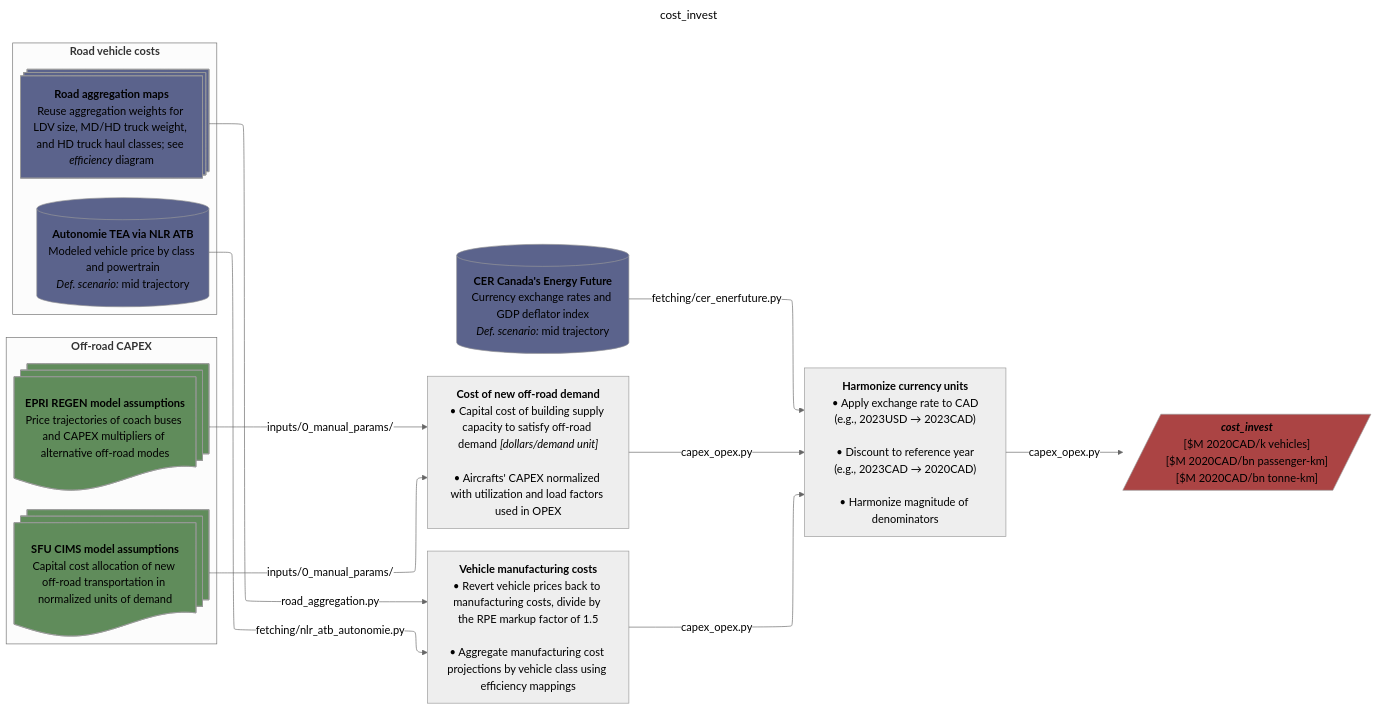
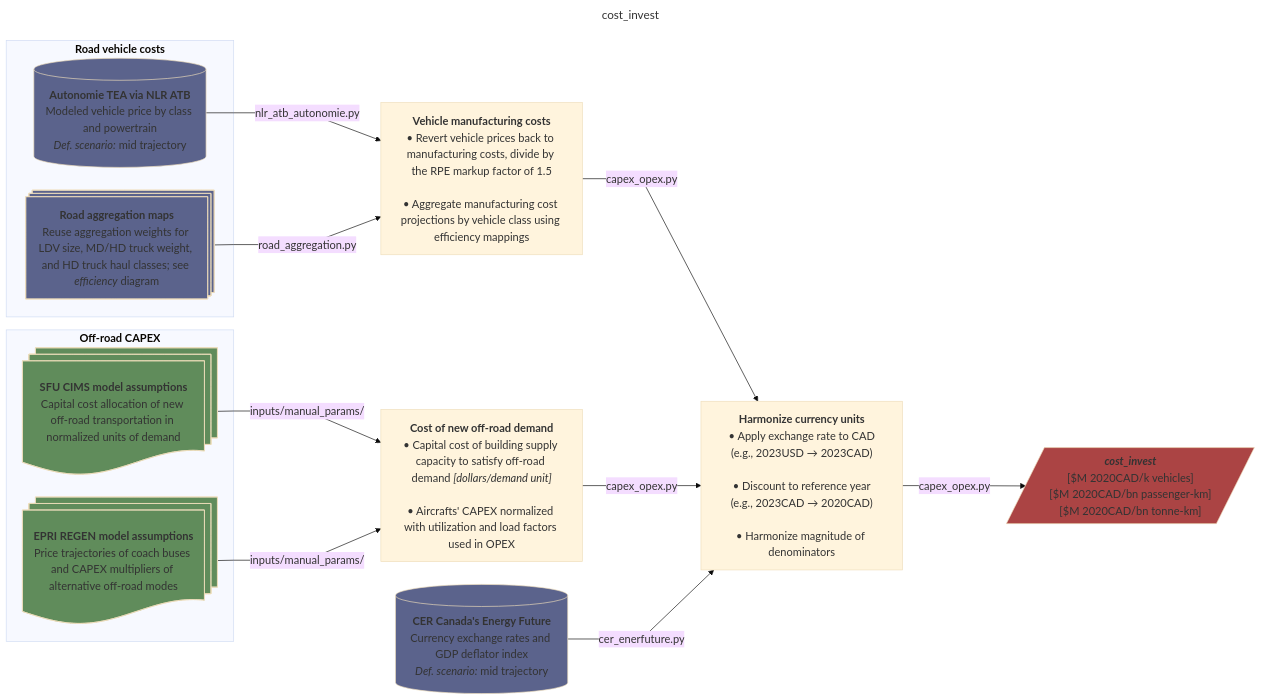
One commit to CANOE-main/canoe-transportation changed the eighth of 9 diagrams in README.md. Above: the diagram before and after it, drawn with Mermaid. The commit also changed other lines of this file and 11 other files, not shown here.

Commit message:
# Updated README.md - adapted rendering of mermaid flowcharts to align with Github environment - implemented a workflow friction reduction pass

````diff
--- a/README.md
+++ b/README.md
@@ -463,59 +568,59 @@
 ```mermaid
 ---
 title: cost_invest
 config:
-  layout: elk
-  theme: neutral
+  layout: dagre
+  theme: base
   themeVariables:
     fontSize: 17px
   flowchart:
     nodeSpacing: 35
     rankSpacing: 50
     wrappingWidth: 250
-    curve: basis
+    curve: linear
 ---
 flowchart LR
   s3[("`**CER Canada's Energy Future**<br>Currency exchange rates and GDP deflator index<br>*Def. scenario:* mid trajectory`")]
   subgraph offroad["`**Off-road CAPEX**`"]
 	  %% --- Sources ---
 	  s7@{shape: docs, label: "**SFU CIMS model assumptions**<br>Capital cost allocation of new off-road transportation in normalized units of demand"}
 	  s8@{shape: docs, label: "**EPRI REGEN model assumptions**<br>Price trajectories of coach buses and CAPEX multipliers of alternative off-road modes"}
   end
 	  
   %% --- Processes ---
   p3["`**Cost of new off-road demand**<br>• Capital cost of building supply capacity to satisfy off-road demand *[dollars/demand unit]*<br><br>• Aircrafts' CAPEX normalized with utilization and load factors used in OPEX`"]
-  s7 & s8 -- inputs/0_manual_params/ --> p3
+  s7 & s8 -- inputs/manual_params/ --> p3
   
   subgraph road["`**Road vehicle costs**`"]
 	  %% --- Sources ---
 	  s1@{shape: processes, label: "**Road aggregation maps**<br>Reuse aggregation weights for LDV size, MD/HD truck weight, and HD truck haul classes; see *efficiency* diagram"}
 	  s2[("`**Autonomie TEA via NLR ATB**<br>Modeled vehicle price by class and powertrain<br>*Def. scenario:* mid trajectory`")]
   end
 	  
   %% --- Processes ---
   p2["`**Vehicle manufacturing costs**<br>• Revert vehicle prices back to manufacturing costs, divide by the RPE markup factor of 1.5<br><br>• Aggregate manufacturing cost projections by vehicle class using efficiency mappings`"]
-  s2 -- fetching/nlr_atb_autonomie.py --> p2
+  s2 -- nlr_atb_autonomie.py --> p2
   s1 -- road_aggregation.py --> p2
   
   p4["`**Harmonize currency units**<br>• Apply exchange rate to CAD<br>(e.g., 2023USD → 2023CAD)<br><br>• Discount to reference year<br>(e.g., 2023CAD → 2020CAD)<br><br>• Harmonize magnitude of denominators`"]
   p2 -- capex_opex.py --> p4
   p3 -- capex_opex.py --> p4
-  s3 -- fetching/cer_enerfuture.py --> p4
+  s3 -- cer_enerfuture.py --> p4
 
   p4 -- capex_opex.py --> o1[/"`***cost_invest***<br>[$M 2020CAD/k vehicles]<br>[$M 2020CAD/bn passenger-km]<br>[$M 2020CAD/bn tonne-km]`"/]
 
   %% --- Styling ---
   classDef database fill:#5b638c
   classDef doc fill:#608c5b
   classDef output fill:#ab4444
 
   class s1,s2,s3 database;
   class s7,s8 doc;
   class o1 output;
 
   %% --- Hyperlinks ---
   click s8 "https://us-regen-docs.epri.com/v2025/assumptions/transportation.html#non-road-vehicles"
   click s7 "https://github.com/EMRG-SFU/cims-models/tree/main/sources/sectors"
   click s2 "https://vms.taps.anl.gov/research-highlights/vehicle-technologies/u-s-doe-vto-hfto-r-d-benefits/"
   click s3 "https://open.canada.ca/data/en/dataset/07c42deb-9435-43b9-a416-7ce316f3893d"
 ```
````
